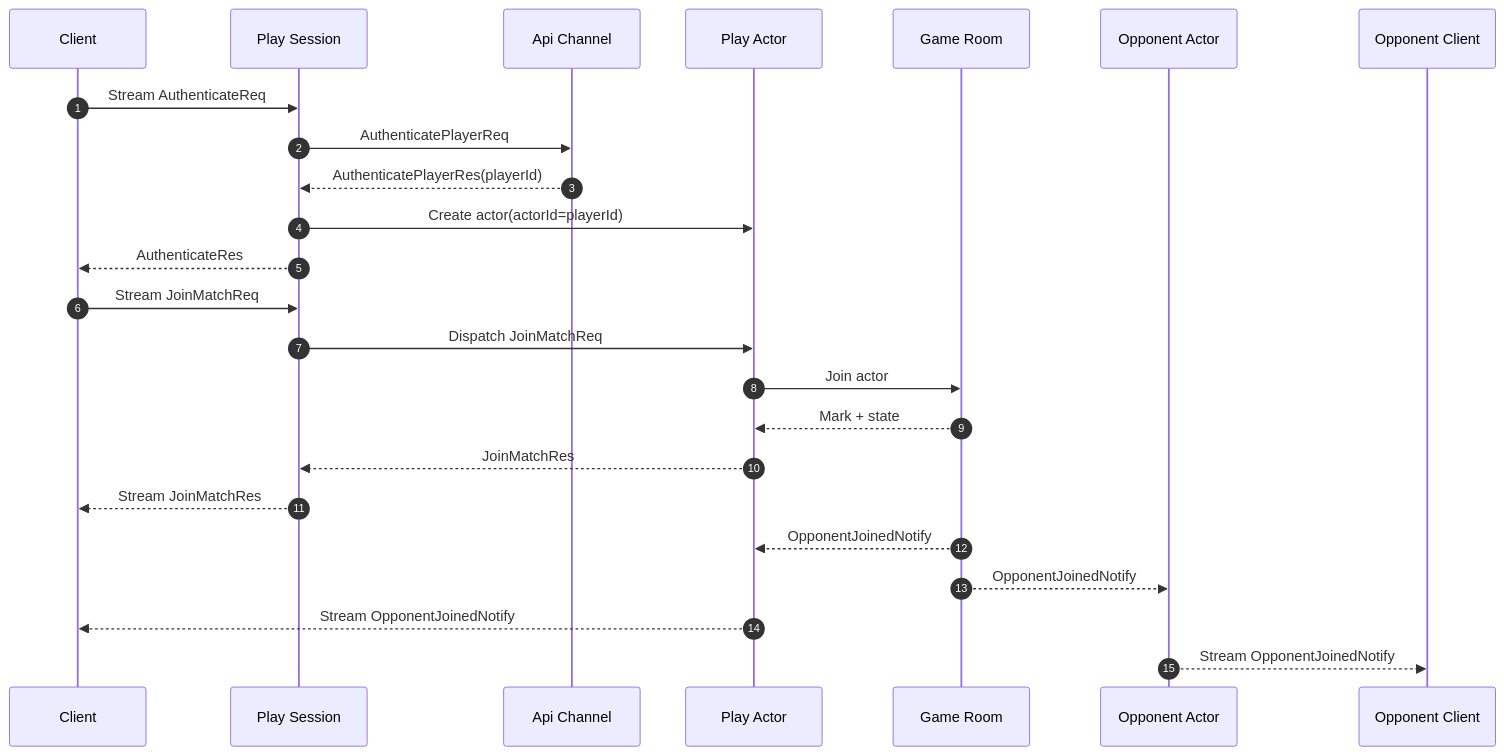
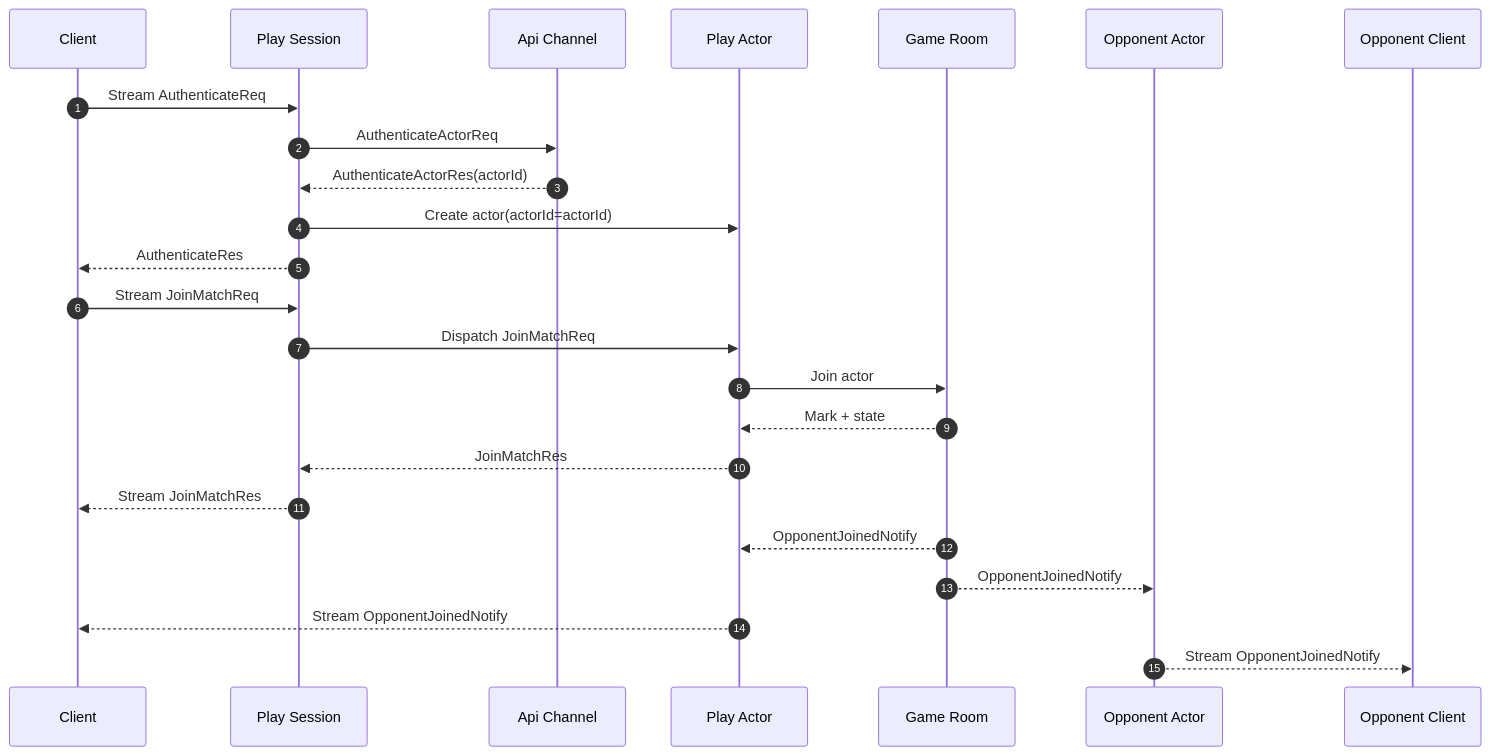
Before and after one commit to kairos-code-dev/zlink: the third of 4 diagrams in framework/doc/spec/sample/tictactoe/direct.ko.md, drawn with Mermaid. The commit also changed other lines of this file and 138 other files, not shown here.

````diff
--- a/framework/doc/spec/sample/tictactoe/direct.ko.md
+++ b/framework/doc/spec/sample/tictactoe/direct.ko.md
@@ -178,27 +176,27 @@
 ```mermaid
 sequenceDiagram
     autonumber
     participant C as Client
     participant S as Play Session
     participant API as Api Channel
     participant ACT as Play Actor
     participant ROOM as Game Room
     participant OACT as Opponent Actor
     participant OC as Opponent Client
 
     C->>S: Stream AuthenticateReq
-    S->>API: AuthenticatePlayerReq
-    API-->>S: AuthenticatePlayerRes(playerId)
-    S->>ACT: Create actor(actorId=playerId)
+    S->>API: AuthenticateActorReq
+    API-->>S: AuthenticateActorRes(actorId)
+    S->>ACT: Create actor(actorId=actorId)
     S-->>C: AuthenticateRes
     C->>S: Stream JoinMatchReq
     S->>ACT: Dispatch JoinMatchReq
     ACT->>ROOM: Join actor
     ROOM-->>ACT: Mark + state
     ACT-->>S: JoinMatchRes
     S-->>C: Stream JoinMatchRes
     ROOM-->>ACT: OpponentJoinedNotify
     ROOM-->>OACT: OpponentJoinedNotify
     ACT-->>C: Stream OpponentJoinedNotify
     OACT-->>OC: Stream OpponentJoinedNotify
 ```
````
